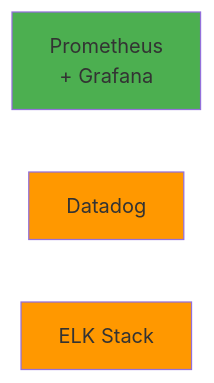
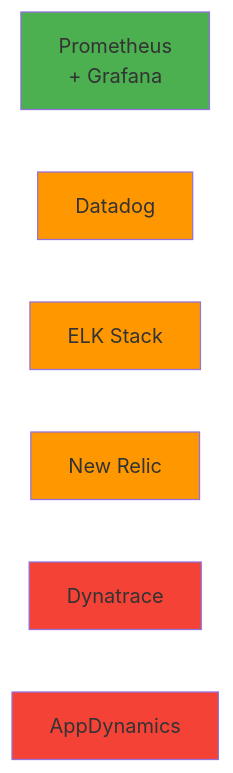
One commit to niceguy61/kdt_devops_lecture_2025 changed the seventh of 10 diagrams in theory/week_04/day1/challenge_2.md. Above: the diagram before and after it, drawn with Mermaid. The commit also changed other lines of this file, not shown here.

````diff
--- a/theory/week_04/day1/challenge_2.md
+++ b/theory/week_04/day1/challenge_2.md
@@ -244,10 +282,16 @@
 ```mermaid
 graph LR
     A[Prometheus<br/>+ Grafana]
     B[Datadog]
     C[ELK Stack]
+    D[New Relic]
+    E[Dynatrace]
+    F[AppDynamics]
     
     style A fill:#4caf50
     style B fill:#ff9800
     style C fill:#ff9800
+    style D fill:#ff9800
+    style E fill:#f44336
+    style F fill:#f44336
 ```
````
